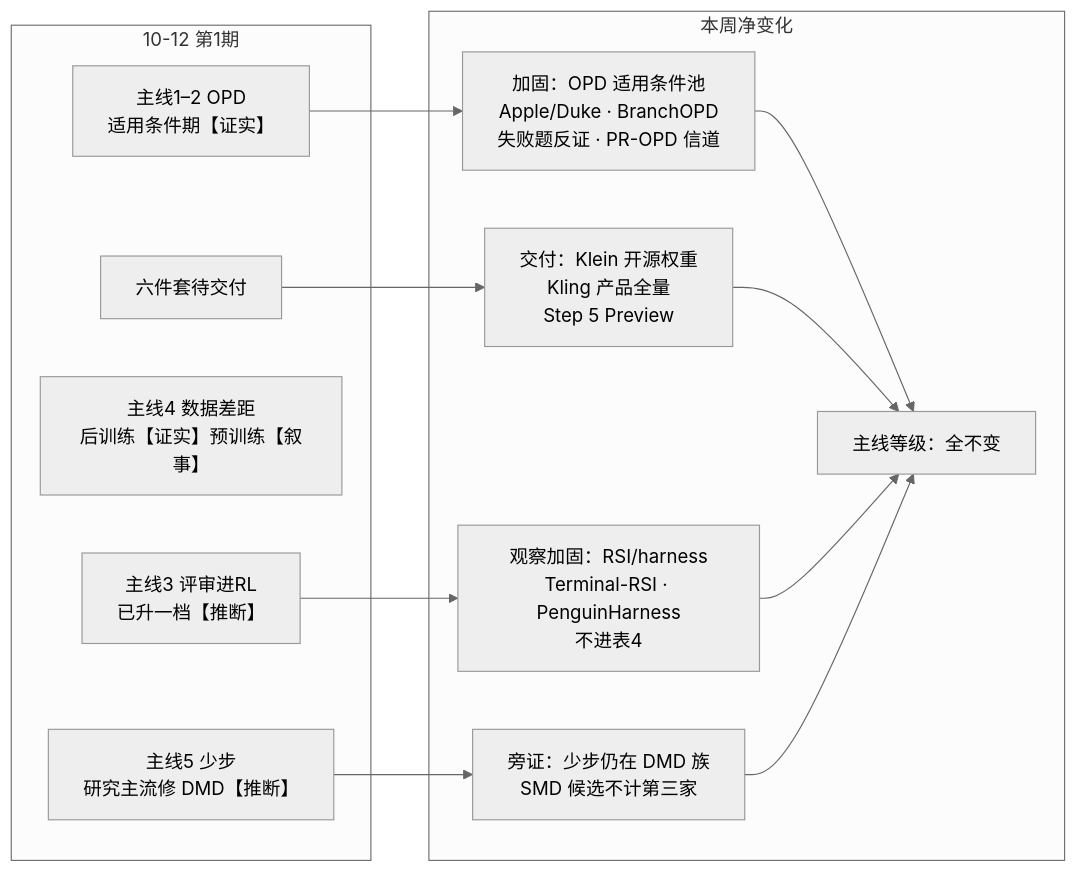
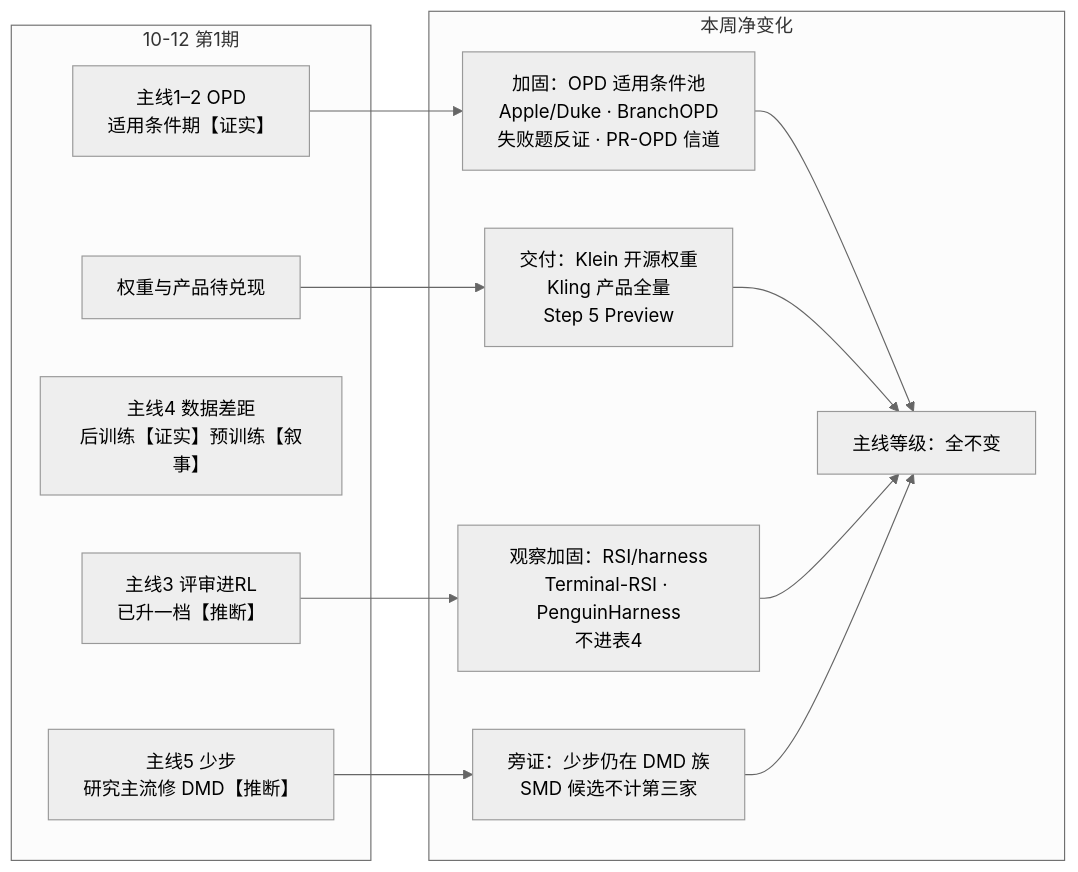
Before and after one commit to codyshen0000/ai-frontier-trends: the diagram in content/weekly/2026-10-18/report.md, drawn with Mermaid (neutral theme). The commit also changed other lines of this file and 1 other file, not shown here.

````diff
--- a/content/weekly/2026-10-18/report.md
+++ b/content/weekly/2026-10-18/report.md
@@ -11,25 +11,25 @@
 ```mermaid
 graph LR
   subgraph BASE["10-12 第1期"]
     L1["主线1–2 OPD<br/>适用条件期【证实】"]
     L3["主线3 评审进RL<br/>已升一档【推断】"]
     L4["主线4 数据差距<br/>后训练【证实】预训练【叙事】"]
     L5["主线5 少步<br/>研究主流修 DMD【推断】"]
-    W["六件套待交付"]
+    W["权重与产品待兑现"]
   end
   subgraph WEEK["本周净变化"]
     F12["加固：OPD 适用条件池<br/>Apple/Duke · BranchOPD<br/>失败题反证 · PR-OPD 信道"]
     D4["交付：Klein 开源权重<br/>Kling 产品全量<br/>Step 5 Preview"]
     O4["观察加固：RSI/harness<br/>Terminal-RSI · PenguinHarness<br/>不进表4"]
     P5["旁证：少步仍在 DMD 族<br/>SMD 候选不计第三家"]
     U0["主线等级：全不变"]
   end
   L1 --> F12
   W --> D4
   L3 --> O4
   L5 --> P5
   F12 --> U0
   D4 --> U0
   O4 --> U0
   P5 --> U0
 ```
````
